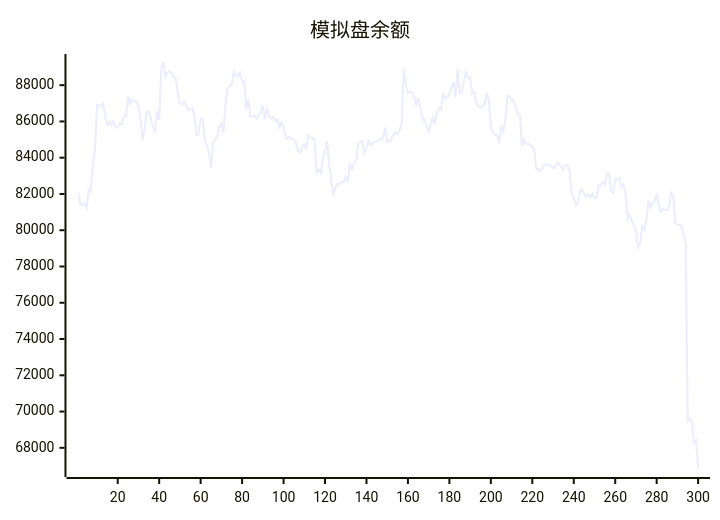
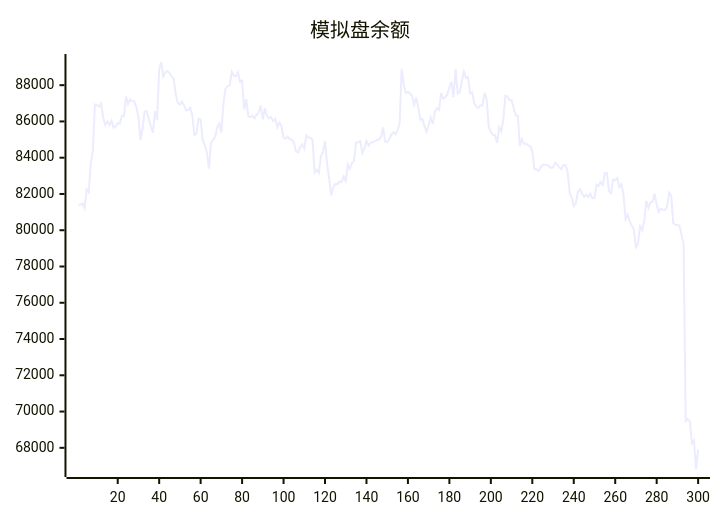
The diagram in README.md (aahl/ai-trading), drawn with Mermaid before and after one commit. The commit also changed other lines of this file and 1 other file, not shown here.

````diff
--- a/README.md
+++ b/README.md
@@ -5,5 +5,5 @@
 ```mermaid
 xychart
     title "模拟盘余额"
-    line [82064,81426,81398,81481,81210,82242,82099,83658,84359,86925,86892,86814,86980,86203,85802,86003,85811,86028,85657,85721,85896,85880,86300,86299,87378,86965,87214,87115,87118,86780,86238,84966,85623,86555,86562,86129,85722,85387,86569,86070,88870,89278,88477,88720,88781,88668,88467,88372,87493,87018,86917,87102,86870,86613,86644,86758,86317,85242,85334,86149,86106,84968,84671,84302,83410,84816,85001,85127,85693,85891,85384,87001,87811,87945,88007,88734,88528,88495,88705,88189,88248,86662,87234,86279,86251,86314,86177,86364,86503,86886,86114,86731,86310,86176,86240,86017,86136,85685,85938,85749,85111,85044,85164,85016,85008,84824,84354,84287,84572,84745,84500,85234,85096,85095,84970,83180,83338,83157,84070,84309,84922,83667,82850,81924,82369,82552,82539,82695,82648,82962,82728,83619,83378,83710,83825,84819,84854,84917,84265,84527,84919,84668,84834,84850,84916,84981,85004,85131,85674,84891,84864,85019,85284,85393,85294,85538,85894,88904,88012,87567,87625,87568,87386,86920,87313,86737,86094,86143,85725,85437,85787,86219,85859,86526,86740,86630,87563,87264,87335,87483,87886,88180,87335,88894,87544,87608,88207,88755,88401,88444,87543,87608,87000,86810,86740,86894,86884,87576,87209,85686,85435,85251,85255,84820,85689,85453,86066,87420,87373,87161,87178,86740,86341,86315,84643,85012,84772,84768,84690,84635,84376,83360,83357,83259,83474,83608,83606,83602,83548,83440,83454,83724,83644,83464,83365,83590,83592,83275,82072,81806,81344,81492,82109,82254,82006,81848,81955,81829,82022,81769,81776,82522,82441,82656,82498,83144,83144,82150,82038,82797,82763,82872,82367,82536,81981,80612,80862,80484,80242,80034,79063,79245,80226,80016,80507,81625,81233,81544,81578,82016,81401,81019,81186,81130,81118,81306,82066,81909,80392,80304,80291,80258,79729,79261,69466,69579,69456,68251,68415,66832]
+    line [81426,81398,81481,81210,82242,82099,83658,84359,86925,86892,86814,86980,86203,85802,86003,85811,86028,85657,85721,85896,85880,86300,86299,87378,86965,87214,87115,87118,86780,86238,84966,85623,86555,86562,86129,85722,85387,86569,86070,88870,89278,88477,88720,88781,88668,88467,88372,87493,87018,86917,87102,86870,86613,86644,86758,86317,85242,85334,86149,86106,84968,84671,84302,83410,84816,85001,85127,85693,85891,85384,87001,87811,87945,88007,88734,88528,88495,88705,88189,88248,86662,87234,86279,86251,86314,86177,86364,86503,86886,86114,86731,86310,86176,86240,86017,86136,85685,85938,85749,85111,85044,85164,85016,85008,84824,84354,84287,84572,84745,84500,85234,85096,85095,84970,83180,83338,83157,84070,84309,84922,83667,82850,81924,82369,82552,82539,82695,82648,82962,82728,83619,83378,83710,83825,84819,84854,84917,84265,84527,84919,84668,84834,84850,84916,84981,85004,85131,85674,84891,84864,85019,85284,85393,85294,85538,85894,88904,88012,87567,87625,87568,87386,86920,87313,86737,86094,86143,85725,85437,85787,86219,85859,86526,86740,86630,87563,87264,87335,87483,87886,88180,87335,88894,87544,87608,88207,88755,88401,88444,87543,87608,87000,86810,86740,86894,86884,87576,87209,85686,85435,85251,85255,84820,85689,85453,86066,87420,87373,87161,87178,86740,86341,86315,84643,85012,84772,84768,84690,84635,84376,83360,83357,83259,83474,83608,83606,83602,83548,83440,83454,83724,83644,83464,83365,83590,83592,83275,82072,81806,81344,81492,82109,82254,82006,81848,81955,81829,82022,81769,81776,82522,82441,82656,82498,83144,83144,82150,82038,82797,82763,82872,82367,82536,81981,80612,80862,80484,80242,80034,79063,79245,80226,80016,80507,81625,81233,81544,81578,82016,81401,81019,81186,81130,81118,81306,82066,81909,80392,80304,80291,80258,79729,79261,69466,69579,69456,68251,68415,66832,67911]
 ```
````
